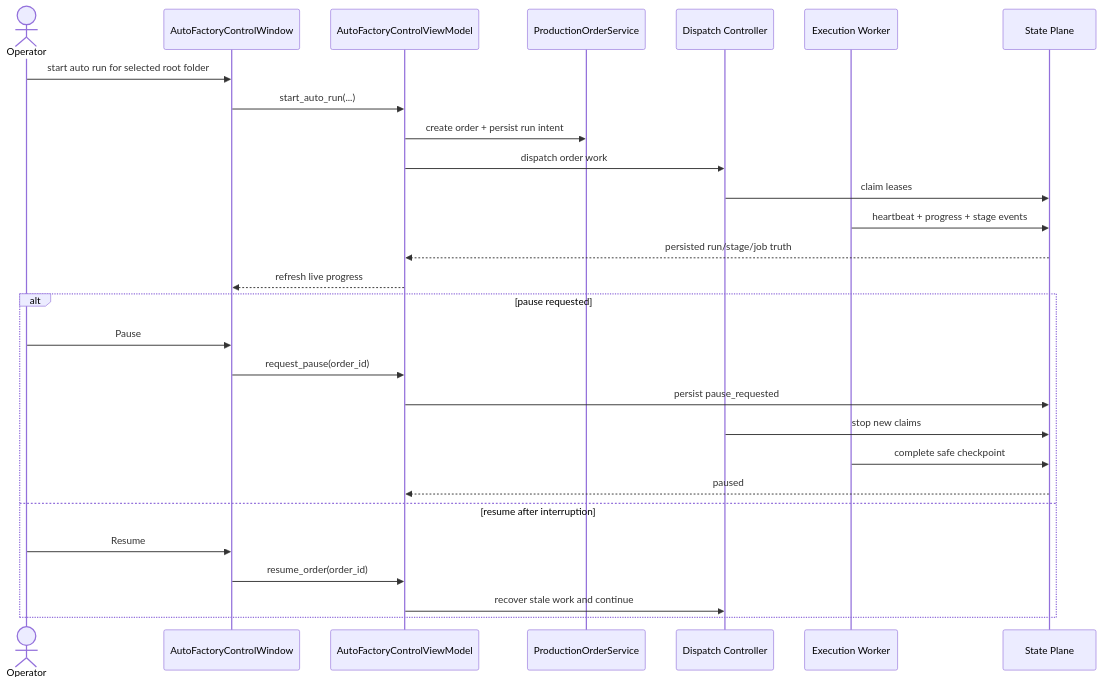
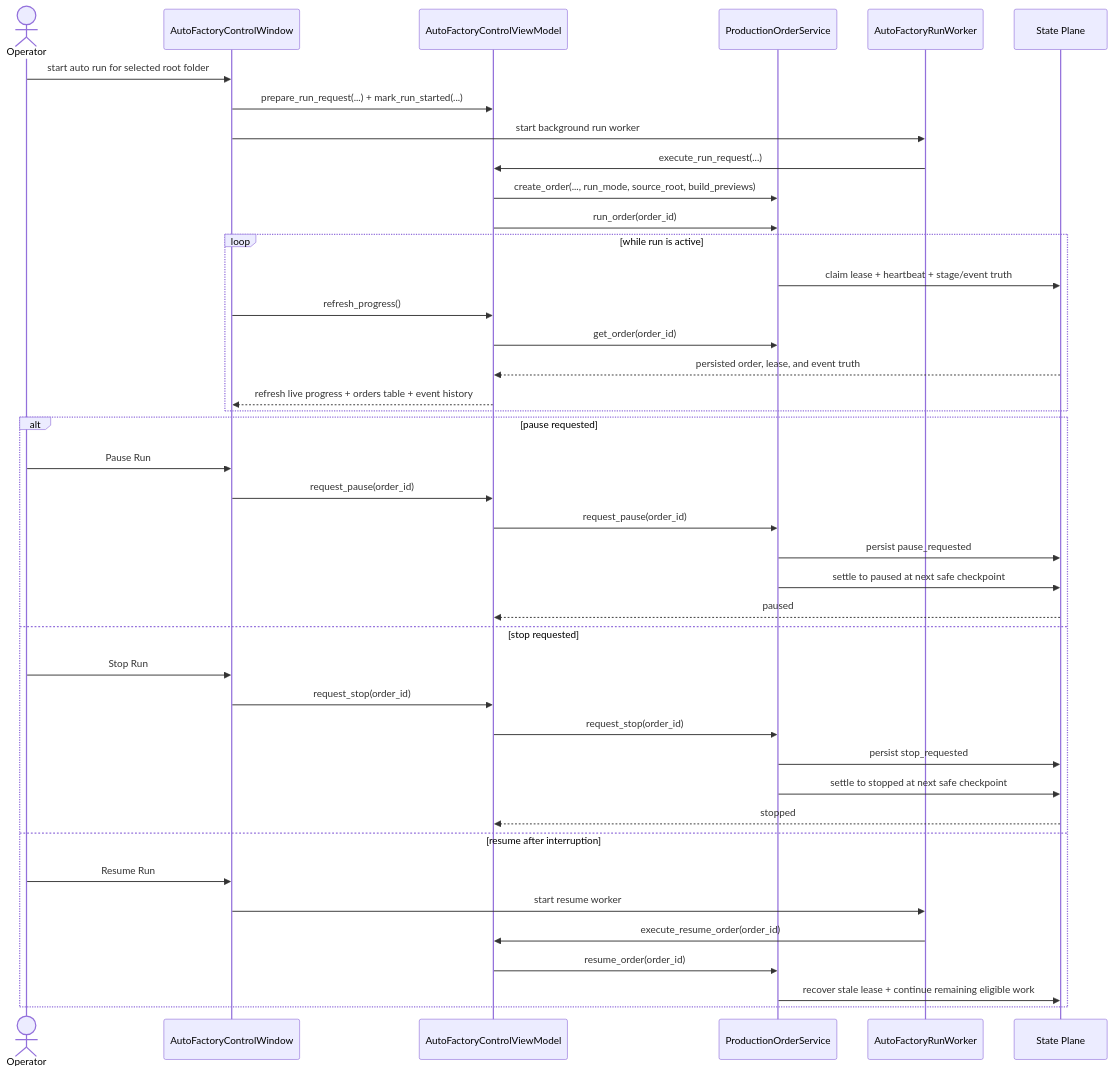
Before and after one commit to idev006/MTClipFactory: the eighth of 35 diagrams in doc/10_UML_System_Overview.md, drawn with Mermaid. The commit also changed other lines of this file and 29 other files, not shown here.

Commit message:
Add persisted local-worker auto factory run control

````diff
--- a/doc/10_UML_System_Overview.md
+++ b/doc/10_UML_System_Overview.md
@@ -692,31 +730,44 @@
 ```mermaid
 sequenceDiagram
     actor Operator
     participant View as AutoFactoryControlWindow
     participant VM as AutoFactoryControlViewModel
     participant OrderSvc as ProductionOrderService
-    participant Dispatch as Dispatch Controller
-    participant Worker as Execution Worker
+    participant Worker as AutoFactoryRunWorker
     participant State as State Plane
 
     Operator->>View: start auto run for selected root folder
-    View->>VM: start_auto_run(...)
-    VM->>OrderSvc: create order + persist run intent
-    VM->>Dispatch: dispatch order work
-    Dispatch->>State: claim leases
-    Worker->>State: heartbeat + progress + stage events
-    State-->>VM: persisted run/stage/job truth
-    VM-->>View: refresh live progress
+    View->>VM: prepare_run_request(...) + mark_run_started(...)
+    View->>Worker: start background run worker
+    Worker->>VM: execute_run_request(...)
+    VM->>OrderSvc: create_order(..., run_mode, source_root, build_previews)
+    VM->>OrderSvc: run_order(order_id)
+    loop while run is active
+        OrderSvc->>State: claim lease + heartbeat + stage/event truth
+        View->>VM: refresh_progress()
+        VM->>OrderSvc: get_order(order_id)
+        State-->>VM: persisted order, lease, and event truth
+        VM-->>View: refresh live progress + orders table + event history
+    end
     alt pause requested
-        Operator->>View: Pause
+        Operator->>View: Pause Run
         View->>VM: request_pause(order_id)
-        VM->>State: persist pause_requested
-        Dispatch->>State: stop new claims
-        Worker->>State: complete safe checkpoint
+        VM->>OrderSvc: request_pause(order_id)
+        OrderSvc->>State: persist pause_requested
+        OrderSvc->>State: settle to paused at next safe checkpoint
         State-->>VM: paused
+    else stop requested
+        Operator->>View: Stop Run
+        View->>VM: request_stop(order_id)
+        VM->>OrderSvc: request_stop(order_id)
+        OrderSvc->>State: persist stop_requested
+        OrderSvc->>State: settle to stopped at next safe checkpoint
+        State-->>VM: stopped
     else resume after interruption
-        Operator->>View: Resume
-        View->>VM: resume_order(order_id)
-        VM->>Dispatch: recover stale work and continue
+        Operator->>View: Resume Run
+        View->>Worker: start resume worker
+        Worker->>VM: execute_resume_order(order_id)
+        VM->>OrderSvc: resume_order(order_id)
+        OrderSvc->>State: recover stale lease + continue remaining eligible work
     end
 ```
````
